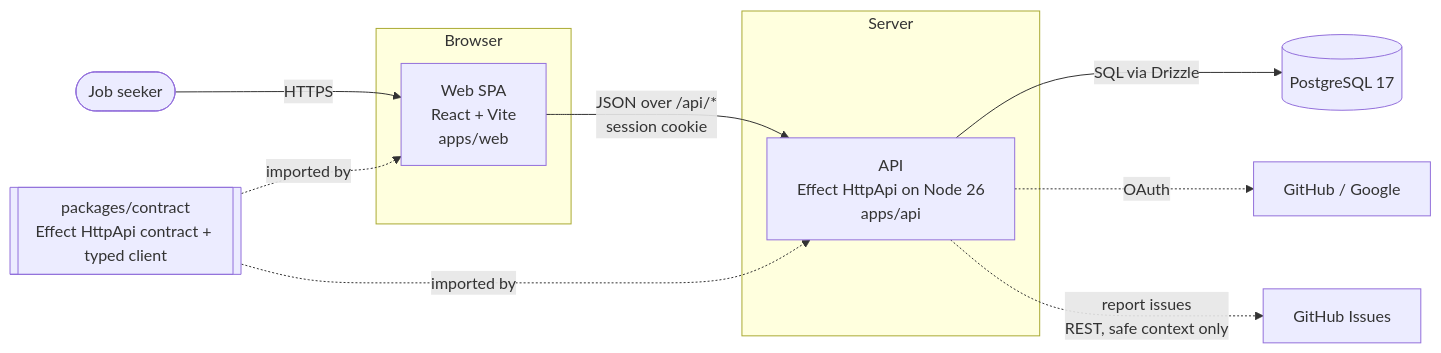
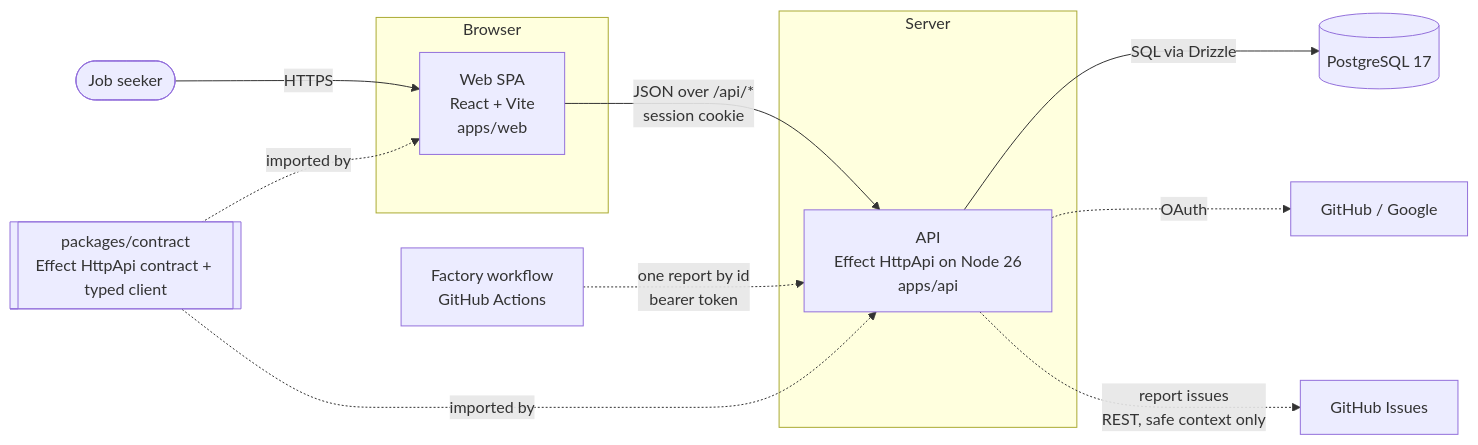
One commit to brianpatterson/roundtable changed the first of 8 diagrams in docs/architecture.md. Above: the diagram before and after it, drawn with Mermaid. The commit also changed other lines of this file and 6 other files, not shown here.

````diff
--- a/docs/architecture.md
+++ b/docs/architecture.md
@@ -34,21 +34,22 @@
 ```mermaid
 flowchart LR
   user([Job seeker]) -->|HTTPS| web
 
   subgraph Browser
     web[Web SPA<br/>React + Vite<br/>apps/web]
   end
 
   subgraph Server
     api[API<br/>Effect HttpApi on Node 26<br/>apps/api]
   end
 
   db[(PostgreSQL 17)]
 
   web -->|JSON over /api/*<br/>session cookie| api
   api -->|SQL via Drizzle| db
   api -.OAuth.-> idp[GitHub / Google]
   api -.report issues<br/>REST, safe context only.-> gh[GitHub Issues]
+  factory[Factory workflow<br/>GitHub Actions] -.one report by id<br/>bearer token.-> api
   contract[[packages/contract<br/>Effect HttpApi contract + typed client]] -.imported by.-> web
   contract -.imported by.-> api
 ```
````
